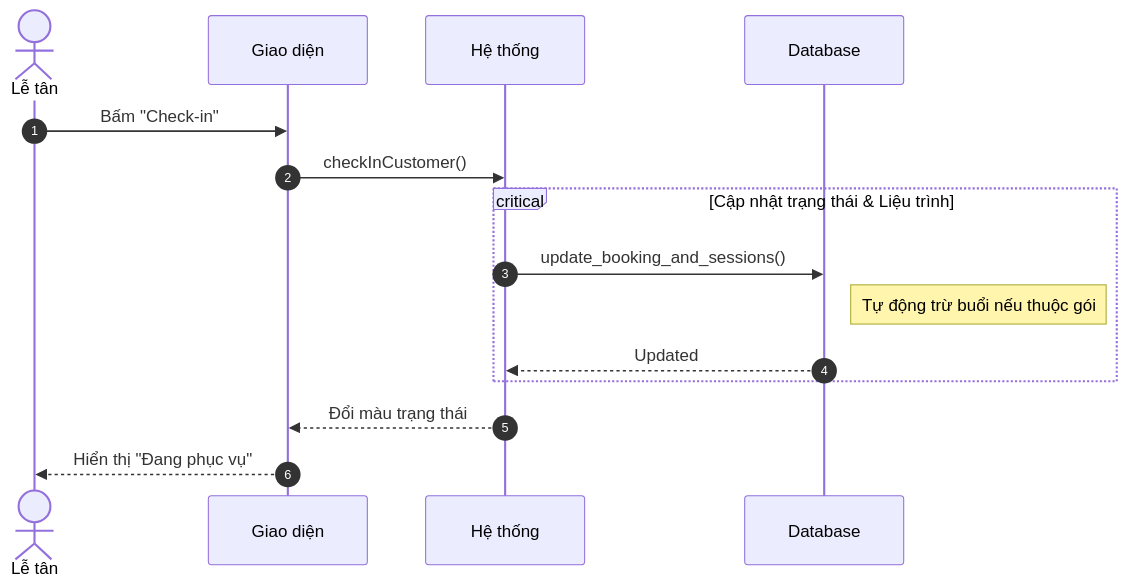
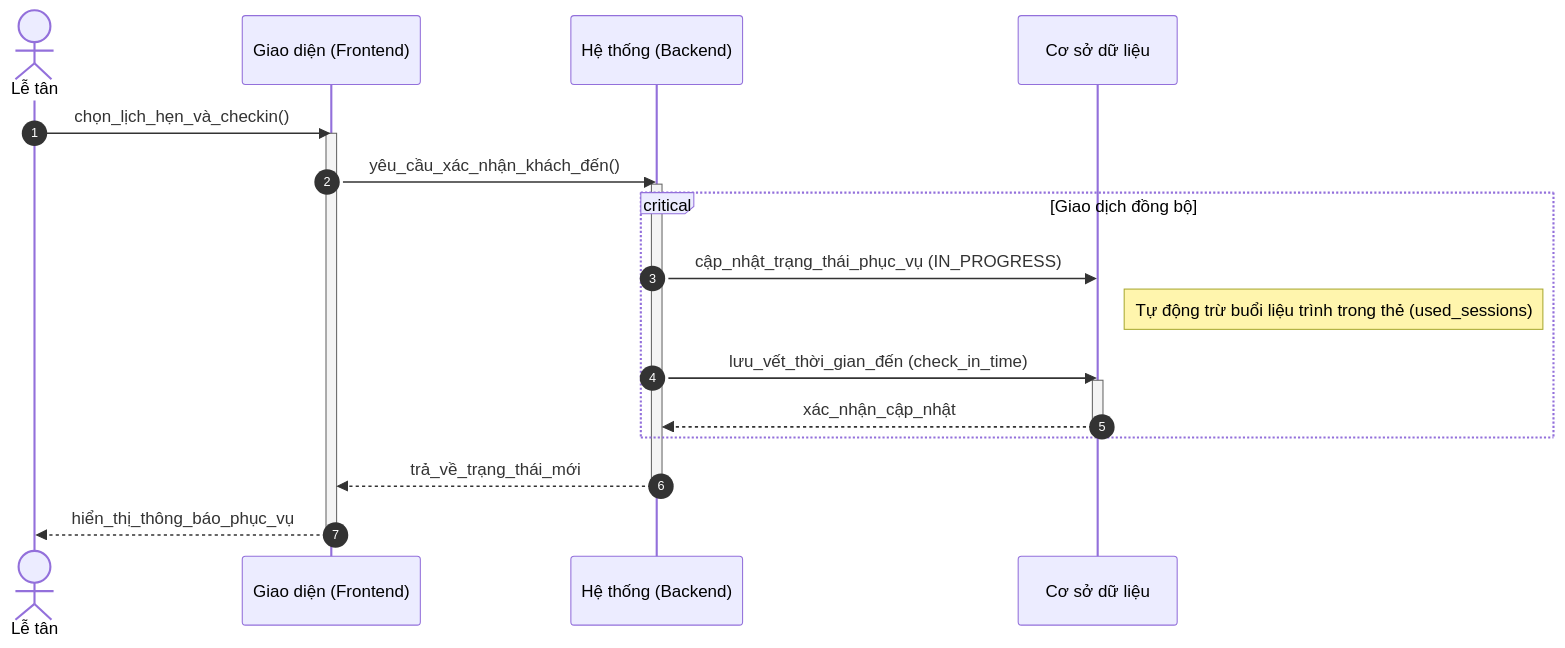
Before and after one commit to ngoctinn/Synapse: the first of 3 diagrams in docs/design/sequences_simplified/receptionist_flows.md, drawn with Mermaid. The commit also changed other lines of this file and 4 other files, not shown here.

Commit message:
docs: Add simplified sequence diagrams for receptionist, technician, admin, customer, and authentication flows.

````diff
--- a/docs/design/sequences_simplified/receptionist_flows.md
+++ b/docs/design/sequences_simplified/receptionist_flows.md
@@ -60,20 +9,27 @@
 ```mermaid
 sequenceDiagram
     autonumber
     actor LT as Lễ tân
-    participant UI as Giao diện
-    participant HT as Hệ thống
-    participant DB as Database
+    participant FE as Giao diện (Frontend)
+    participant BE as Hệ thống (Backend)
+    participant DB as Cơ sở dữ liệu
 
-    LT->>UI: Bấm "Check-in"
-    UI->>HT: checkInCustomer()
+    LT->>FE: chọn_lịch_hẹn_và_checkin()
+    activate FE
+    FE->>BE: yêu_cầu_xác_nhận_khách_đến()
+    activate BE
 
-    critical Cập nhật trạng thái & Liệu trình
-        HT->>DB: update_booking_and_sessions()
-        Note right of DB: Tự động trừ buổi nếu thuộc gói
-        DB-->>HT: Updated
+    critical Giao dịch đồng bộ
+        BE->>DB: cập_nhật_trạng_thái_phục_vụ (IN_PROGRESS)
+        Note right of DB: Tự động trừ buổi liệu trình trong thẻ (used_sessions)
+        BE->>DB: lưu_vết_thời_gian_đến (check_in_time)
+        activate DB
+        DB-->>BE: xác_nhận_cập_nhật
+        deactivate DB
     end
 
-    HT-->>UI: Đổi màu trạng thái
-    UI-->>LT: Hiển thị "Đang phục vụ"
+    BE-->>FE: trả_về_trạng_thái_mới
+    deactivate BE
+    FE-->>LT: hiển_thị_thông_báo_phục_vụ
+    deactivate FE
 ```
````
